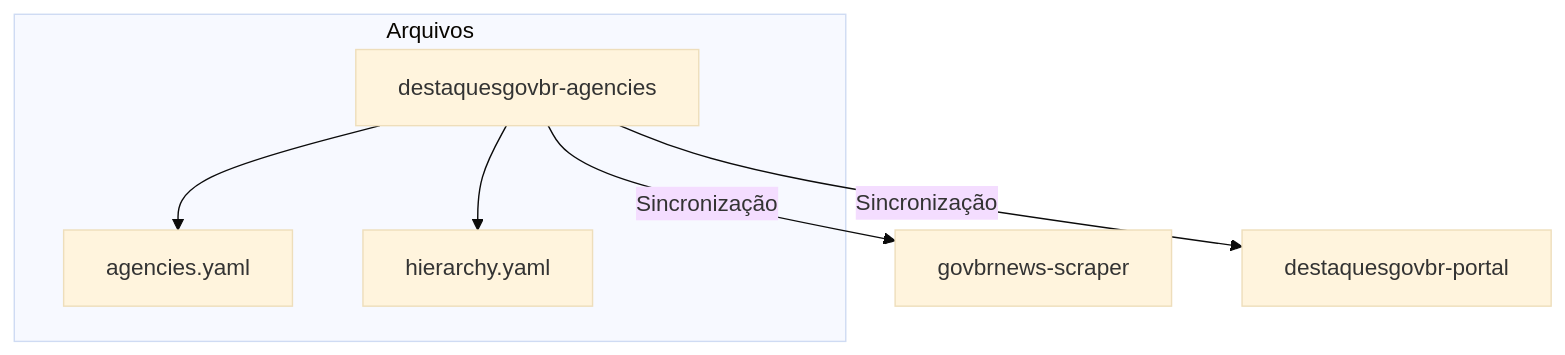
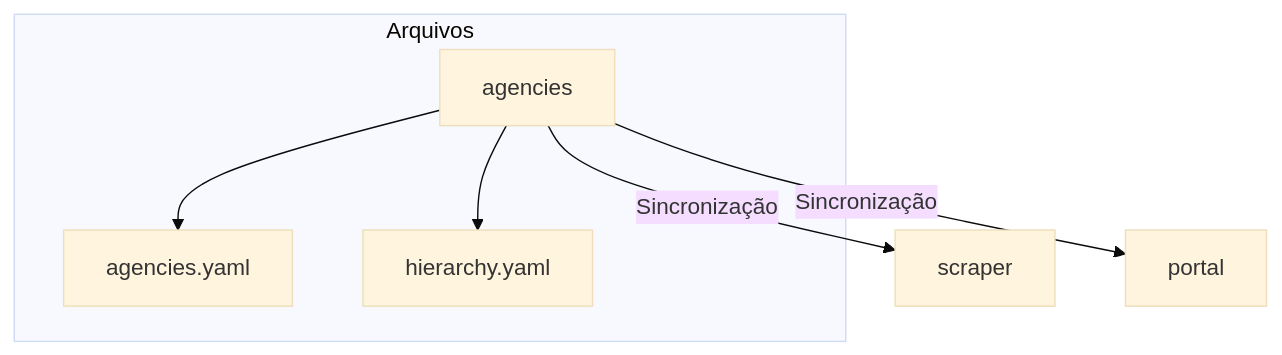
One commit to destaquesgovbr/docs changed the first of 4 diagrams in docs/modulos/agencies.md. Above: the diagram before and after it, drawn with Mermaid (base theme). The commit also changed other lines of this file and 25 other files, not shown here.

````diff
--- a/docs/modulos/agencies.md
+++ b/docs/modulos/agencies.md
@@ -15,10 +15,10 @@
 ```mermaid
 flowchart TB
-    AG[destaquesgovbr-agencies] -->|Sincronização| SC[govbrnews-scraper]
-    AG -->|Sincronização| PO[destaquesgovbr-portal]
+    AG[agencies] -->|Sincronização| SC[scraper]
+    AG -->|Sincronização| PO[portal]
 
     subgraph "Arquivos"
         AG --> A1[agencies.yaml]
         AG --> A2[hierarchy.yaml]
     end
 ```
````
